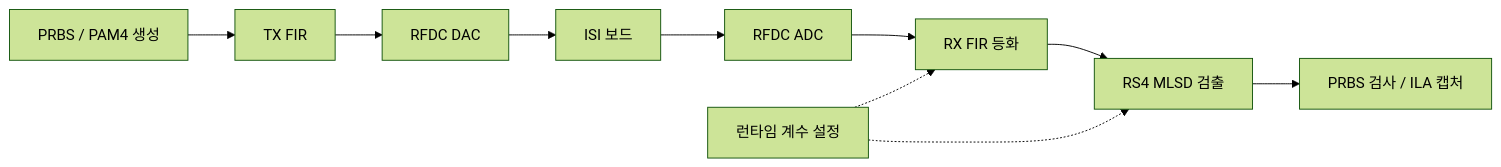
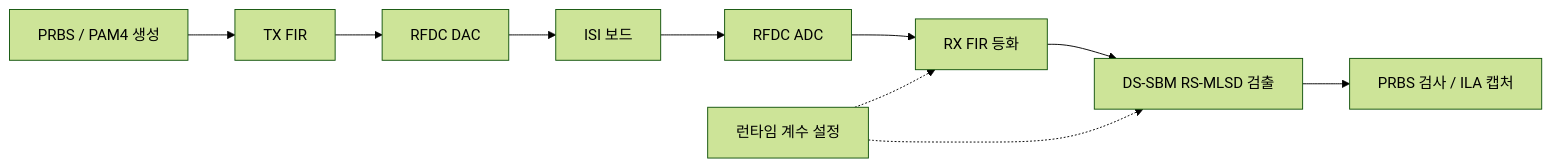
The diagram in projects/zcu208-pam4-dsp-portfolio/README.md (yunjuhyeong0916-glitch/jhyun), drawn with Mermaid (forest theme) before and after one commit. The commit also changed other lines of this file and 14 other files, not shown here.

````diff
--- a/projects/zcu208-pam4-dsp-portfolio/README.md
+++ b/projects/zcu208-pam4-dsp-portfolio/README.md
@@ -21,12 +21,12 @@
 ```mermaid
 flowchart LR
     P[PRBS / PAM4 생성] --> T[TX FIR]
     T --> D[RFDC DAC]
     D --> I[ISI 보드]
     I --> A[RFDC ADC]
     A --> R[RX FIR 등화]
-    R --> M[RS4 MLSD 검출]
+    R --> M[DS-SBM RS-MLSD 검출]
     M --> C[PRBS 검사 / ILA 캡처]
     G[런타임 계수 설정] -.-> R
     G -.-> M
 ```
````
